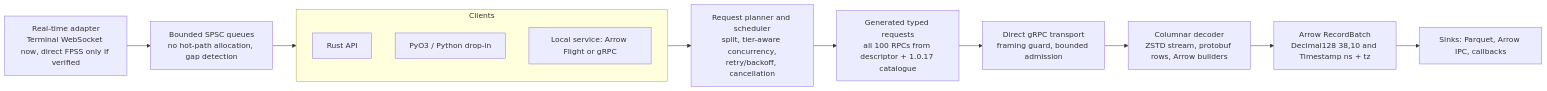
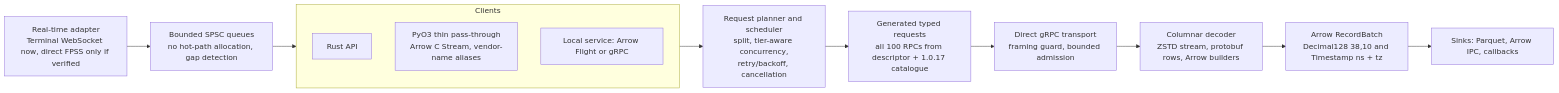
One commit to Praevis-Quant/praevis-thetadata changed the diagram in docs/architecture/performance-plan.md. Above: the diagram before and after it, drawn with Mermaid. The commit also changed other lines of this file and 6 other files, not shown here.

````diff
--- a/docs/architecture/performance-plan.md
+++ b/docs/architecture/performance-plan.md
@@ -228,16 +239,16 @@
 ```mermaid
 flowchart LR
   subgraph Clients
     R["Rust API"]
-    P["PyO3 / Python drop-in"]
+    P["PyO3 thin pass-through<br/>Arrow C Stream, vendor-name aliases"]
     S["Local service: Arrow Flight or gRPC"]
   end
   Clients --> Q["Request planner and scheduler<br/>split, tier-aware concurrency,<br/>retry/backoff, cancellation"]
   Q --> G["Generated typed requests<br/>all 100 RPCs from descriptor + 1.0.17 catalogue"]
   G --> T["Direct gRPC transport<br/>framing guard, bounded admission"]
   T --> D["Columnar decoder<br/>ZSTD stream, protobuf rows, Arrow builders"]
   D --> A["Arrow RecordBatch<br/>Decimal128 38,10 and Timestamp ns + tz"]
   A --> K["Sinks: Parquet, Arrow IPC, callbacks"]
   RT["Real-time adapter<br/>Terminal WebSocket now, direct FPSS only if verified"] --> RB["Bounded SPSC queues<br/>no hot-path allocation, gap detection"]
   RB --> Clients
 ```
````
